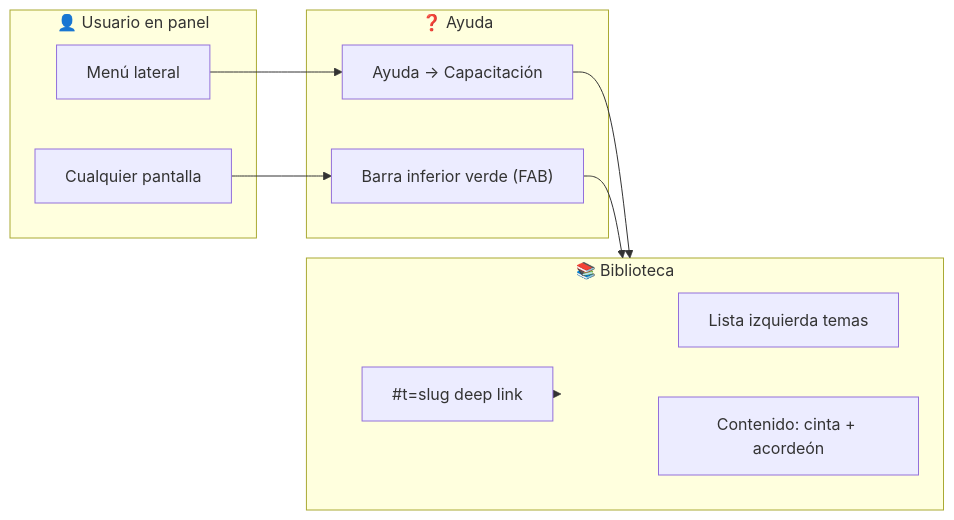
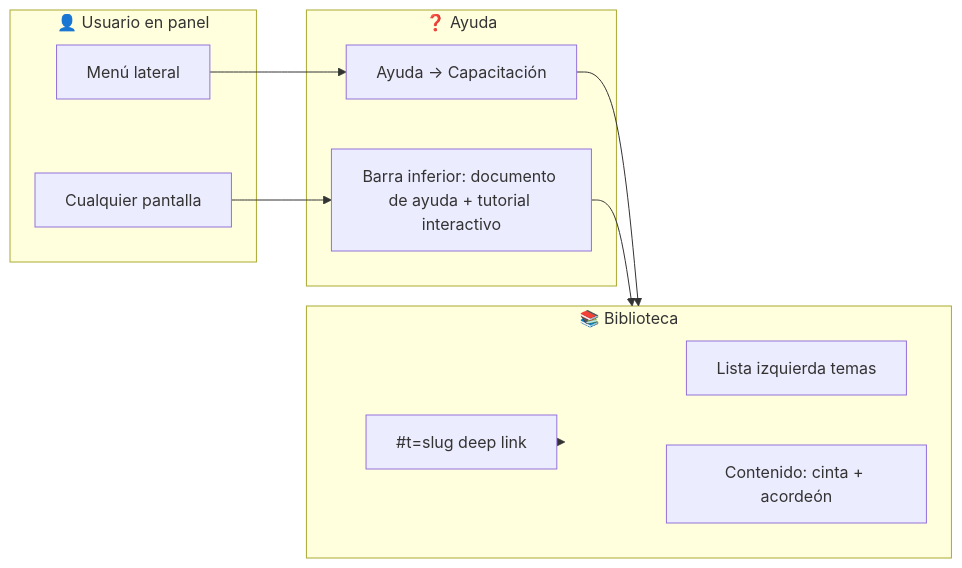
Before and after one commit to icastillodev/apidrivengrobo: the first of 5 diagrams in docs/CHECKLIST-CAPACITACION.md, drawn with Mermaid. The commit also changed other lines of this file and 65 other files, not shown here.

````diff
--- a/docs/CHECKLIST-CAPACITACION.md
+++ b/docs/CHECKLIST-CAPACITACION.md
@@ -76,21 +79,21 @@
 ```mermaid
 flowchart LR
   subgraph Usuario["👤 Usuario en panel"]
     M["Menú lateral"]
     P["Cualquier pantalla"]
   end
   subgraph Ayuda["❓ Ayuda"]
     C["Ayuda → Capacitación"]
-    FAB["Barra inferior verde (FAB)"]
+    FAB["Barra inferior: documento de ayuda + tutorial interactivo"]
   end
   subgraph Biblio["📚 Biblioteca"]
     L["Lista izquierda temas"]
     R["Contenido: cinta + acordeón"]
     H["#t=slug deep link"]
   end
   M --> C
   P --> FAB
   C --> Biblio
   FAB --> Biblio
   H --> Biblio
 ```
````
